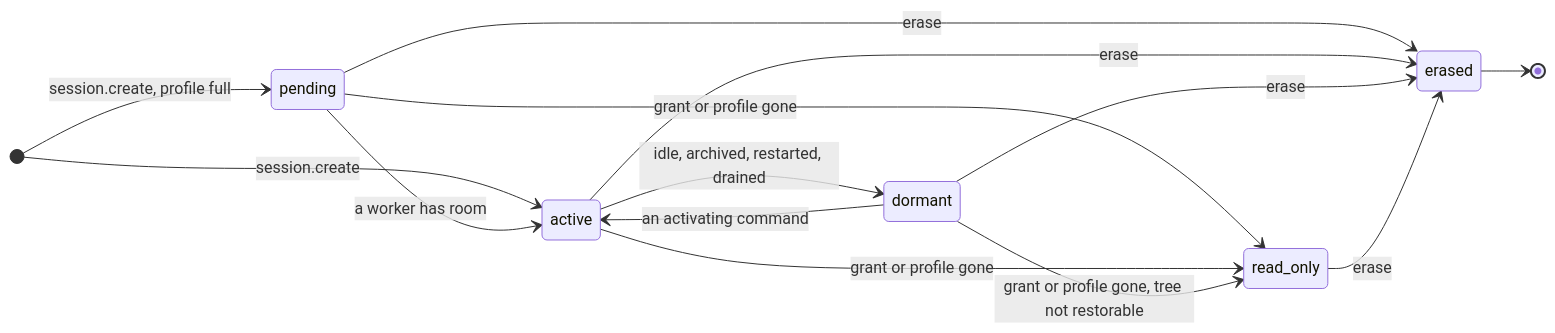
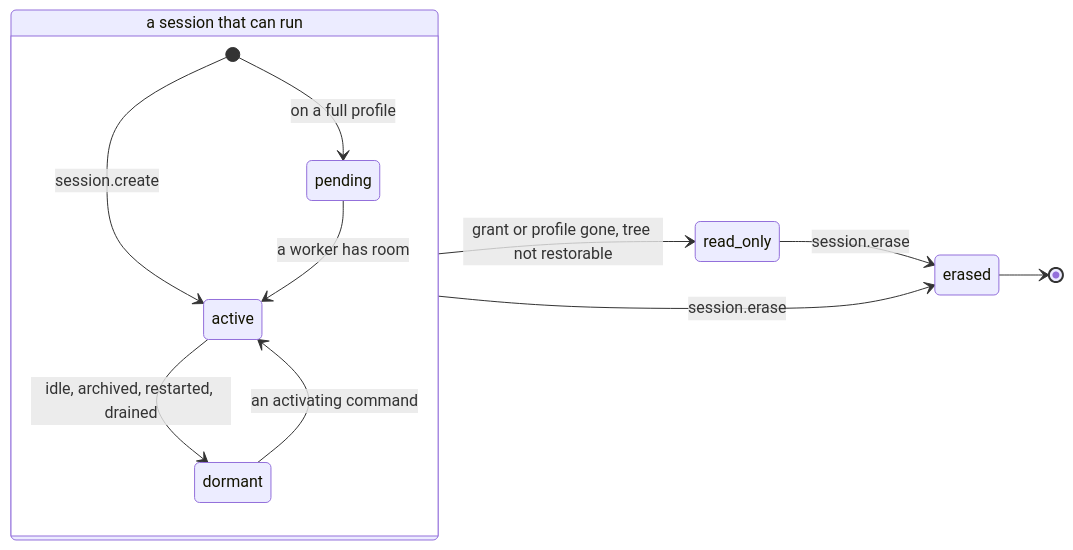
The second of 4 diagrams in ARCHITECTURE.md (it-minds/troupe), drawn with Mermaid before and after one commit. The commit also changed other lines of this file, not shown here.

First line of the commit message:
The topology reads top to bottom, and the lifecycle groups the states a session runs in

````diff
--- a/ARCHITECTURE.md
+++ b/ARCHITECTURE.md
@@ -213,17 +213,15 @@
 ```mermaid
 stateDiagram-v2
   direction LR
-  [*] --> active: session.create
-  [*] --> pending: session.create, profile full
-  pending --> active: a worker has room
-  active --> dormant: idle, archived, restarted, drained
-  dormant --> active: an activating command
-  pending --> read_only: grant or profile gone
-  active --> read_only: grant or profile gone
-  dormant --> read_only: grant or profile gone, tree not restorable
-  pending --> erased: erase
-  active --> erased: erase
-  dormant --> erased: erase
-  read_only --> erased: erase
+  state "a session that can run" as live {
+    [*] --> active: session.create
+    [*] --> pending: on a full profile
+    pending --> active: a worker has room
+    active --> dormant: idle, archived, restarted, drained
+    dormant --> active: an activating command
+  }
+  live --> read_only: grant or profile gone, tree not restorable
+  live --> erased: session.erase
+  read_only --> erased: session.erase
   erased --> [*]
 ```
````
